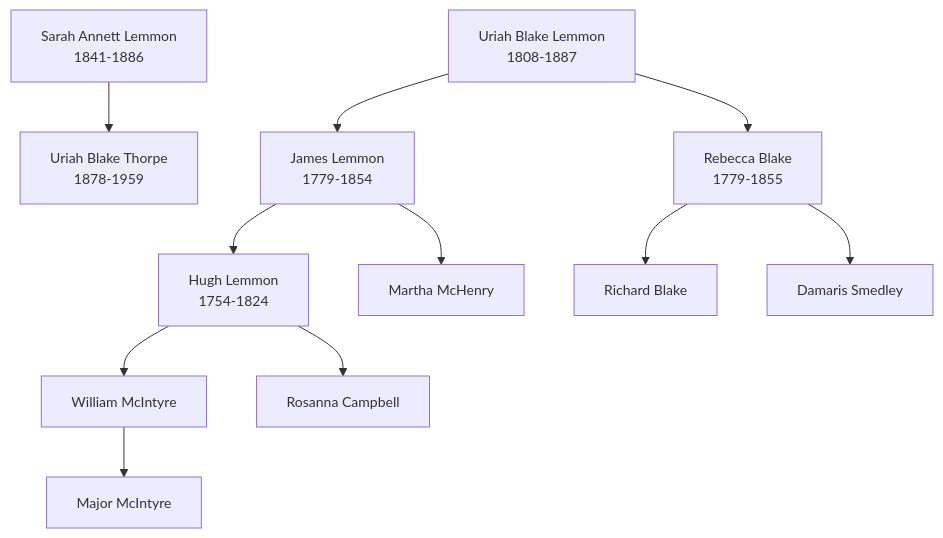
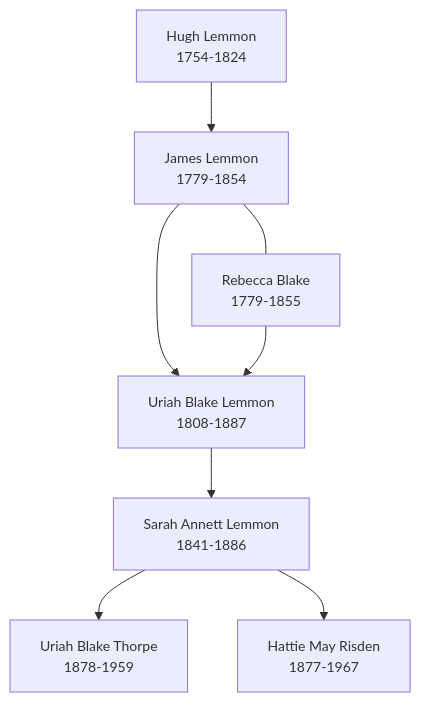
The diagram in Topics/Lemmon Blake Thorpe Branch Summary.md (zcopley/thorpe-family-research), drawn with Mermaid before and after one commit. The commit also changed other lines of this file and 8 other files, not shown here.

````diff
--- a/Topics/Lemmon Blake Thorpe Branch Summary.md
+++ b/Topics/Lemmon Blake Thorpe Branch Summary.md
@@ -16,27 +16,19 @@
 ```mermaid
 %%{init: {'flowchart': {'htmlLabels': true}, 'theme': 'default', 'themeVariables': {'primaryTextColor': '#000000', 'primaryBorderColor': '#333333', 'lineColor': '#333333', 'fontSize': '14px'}}}%%
 graph TD
-  UBT[Uriah Blake Thorpe<br/>1878-1959]
-  UBL[Uriah Blake Lemmon<br/>1808-1887]
-  JL[James Lemmon<br/>1779-1854]
-  RB[Rebecca Blake<br/>1779-1855]
-  SAL[Sarah Annett Lemmon<br/>1841-1886]
-  HM[Hugh Lemmon<br/>1754-1824]
-  MM[Martha McHenry]
-  RBlake[Richard Blake]
-  DS[Damaris Smedley]
-  WM[William McIntyre]
-  MC[Major McIntyre]
-  RC[Rosanna Campbell]
+  HM["Hugh Lemmon<br/>1754-1824"]
+  JL["James Lemmon<br/>1779-1854"]
+  RB["Rebecca Blake<br/>1779-1855"]
+  UBL["Uriah Blake Lemmon<br/>1808-1887"]
+  SAL["Sarah Annett Lemmon<br/>1841-1886"]
+  UBT["Uriah Blake Thorpe<br/>1878-1959"]
+  HMR["Hattie May Risden<br/>1877-1967"]
 
-  UBL --> JL
-  UBL --> RB
-  JL --> HM
-  JL --> MM
-  RB --> RBlake
-  RB --> DS
+  HM --> JL
+  JL --- RB
+  JL --> UBL
+  RB --> UBL
+  UBL --> SAL
   SAL --> UBT
-  HM --> WM
-  HM --> RC
-  WM --> MC
+  SAL --> HMR
 ```
````
